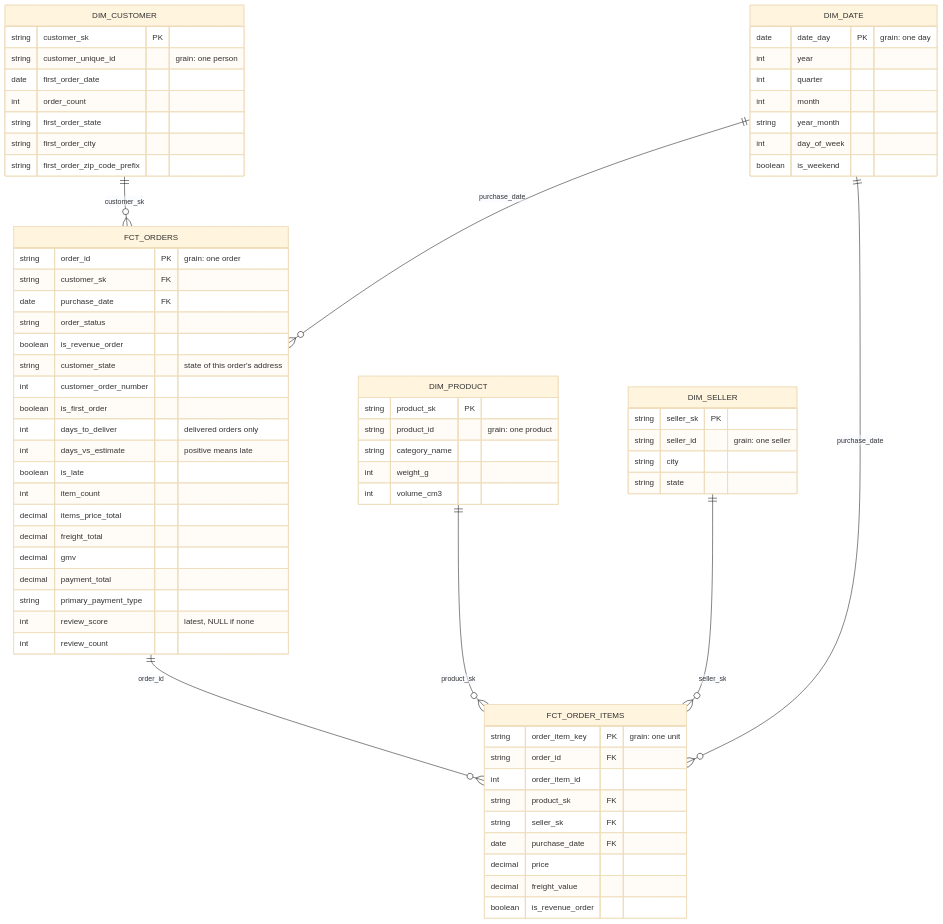
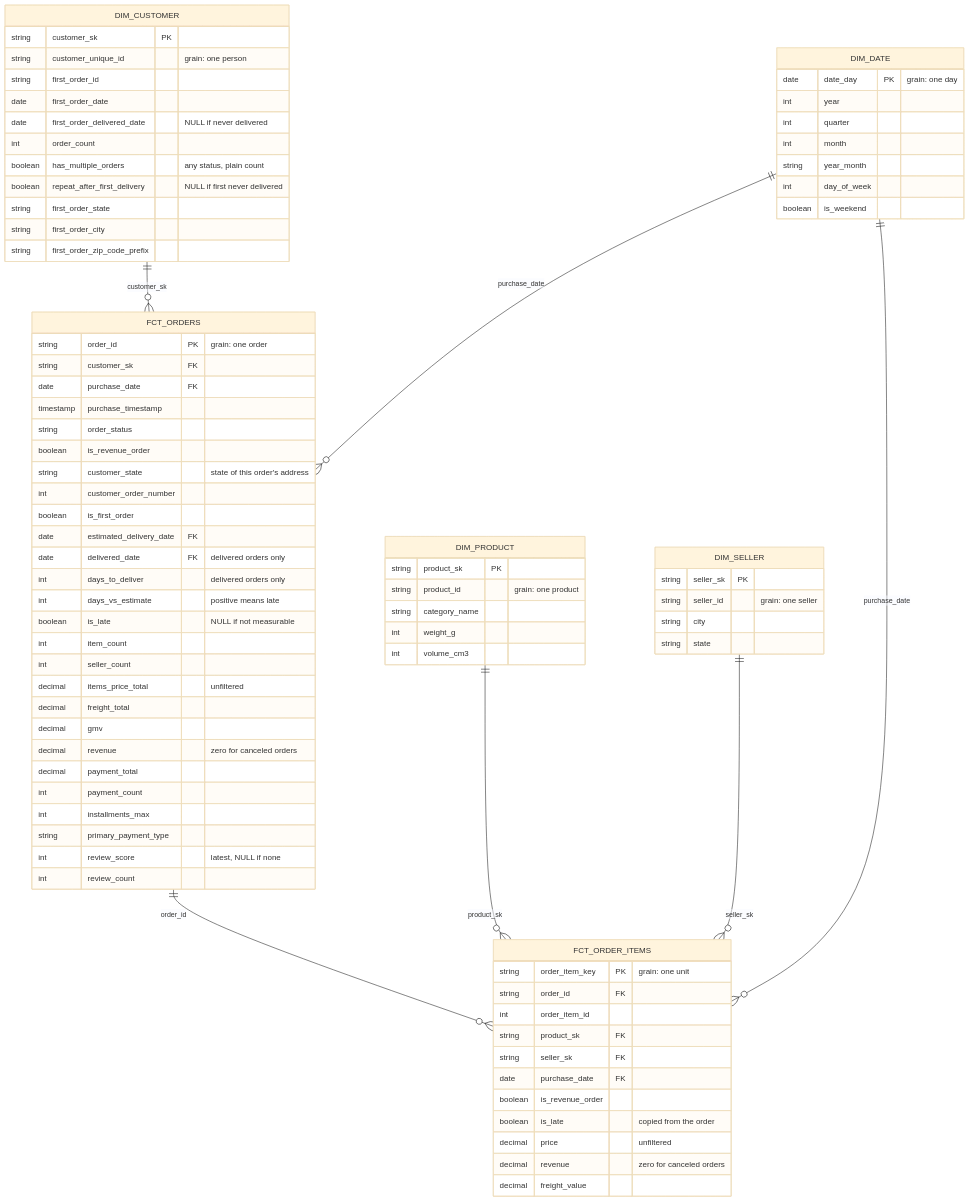
Before and after one commit to ShivaanjanB/elio-olist: the second of 2 diagrams in docs/data_model.md, drawn with Mermaid (base theme). The commit also changed other lines of this file and 3 other files, not shown here.

```diff
--- a/docs/data_model.md
+++ b/docs/data_model.md
@@ -227,19 +229,26 @@
         string order_id PK "grain: one order"
         string customer_sk FK
         date purchase_date FK
+        timestamp purchase_timestamp
         string order_status
         boolean is_revenue_order
         string customer_state "state of this order's address"
         int customer_order_number
         boolean is_first_order
+        date estimated_delivery_date FK
+        date delivered_date FK "delivered orders only"
         int days_to_deliver "delivered orders only"
         int days_vs_estimate "positive means late"
-        boolean is_late
+        boolean is_late "NULL if not measurable"
         int item_count
-        decimal items_price_total
+        int seller_count
+        decimal items_price_total "unfiltered"
         decimal freight_total
         decimal gmv
+        decimal revenue "zero for canceled orders"
         decimal payment_total
+        int payment_count
+        int installments_max
         string primary_payment_type
         int review_score "latest, NULL if none"
         int review_count
@@ -251,15 +260,21 @@
         string product_sk FK
         string seller_sk FK
         date purchase_date FK
-        decimal price
+        boolean is_revenue_order
+        boolean is_late "copied from the order"
+        decimal price "unfiltered"
+        decimal revenue "zero for canceled orders"
         decimal freight_value
-        boolean is_revenue_order
     }
     DIM_CUSTOMER {
         string customer_sk PK
         string customer_unique_id "grain: one person"
+        string first_order_id
         date first_order_date
+        date first_order_delivered_date "NULL if never delivered"
         int order_count
+        boolean has_multiple_orders "any status, plain count"
+        boolean repeat_after_first_delivery "NULL if first never delivered"
         string first_order_state
         string first_order_city
         string first_order_zip_code_prefix
```
